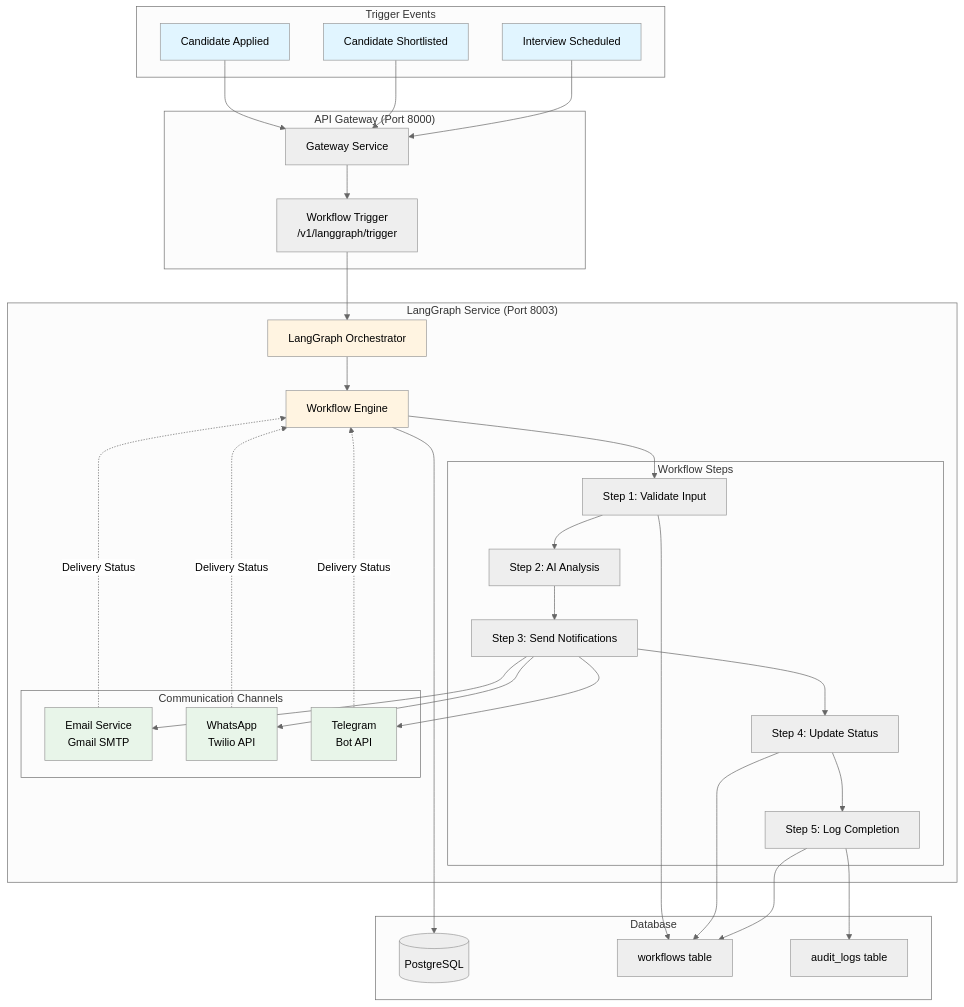
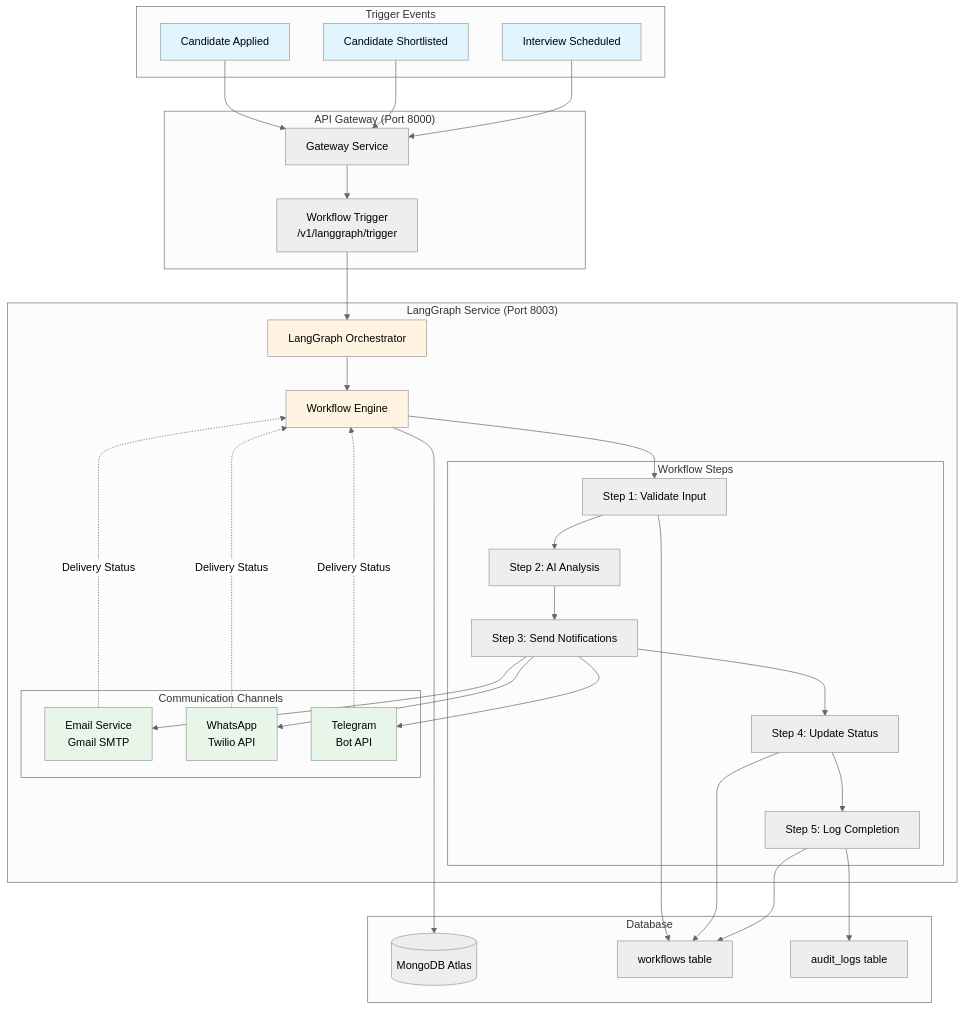
One commit to Shashank-0208/INFIVERSE-HR-PLATFORM changed the second of 5 diagrams in backend/handover/integration_maps/INTEGRATION_MAPS.md. Above: the diagram before and after it, drawn with Mermaid (neutral theme). The commit also changed other lines of this file and 1 other file, not shown here.

````diff
--- a/backend/handover/integration_maps/INTEGRATION_MAPS.md
+++ b/backend/handover/integration_maps/INTEGRATION_MAPS.md
@@ -105,75 +105,75 @@
 ```mermaid
 graph TB
     subgraph "Trigger Events"
         E1[Candidate Applied]
         E2[Candidate Shortlisted]
         E3[Interview Scheduled]
     end
     
     subgraph "API Gateway (Port 8000)"
         GW[Gateway Service]
         WF[Workflow Trigger<br/>/v1/langgraph/trigger]
     end
     
     subgraph "LangGraph Service (Port 8003)"
         LG[LangGraph Orchestrator]
         WFE[Workflow Engine]
         
         subgraph "Workflow Steps"
             S1[Step 1: Validate Input]
             S2[Step 2: AI Analysis]
             S3[Step 3: Send Notifications]
             S4[Step 4: Update Status]
             S5[Step 5: Log Completion]
         end
         
         subgraph "Communication Channels"
             EMAIL[Email Service<br/>Gmail SMTP]
             WA[WhatsApp<br/>Twilio API]
             TG[Telegram<br/>Bot API]
         end
     end
     
     subgraph "Database"
-        DB[(PostgreSQL)]
+        DB[(MongoDB Atlas)]
         WFT[workflows table]
         AUDIT[audit_logs table]
     end
     
     E1 --> GW
     E2 --> GW
     E3 --> GW
     
     GW --> WF
     WF --> LG
     
     LG --> WFE
     WFE --> S1
     S1 --> S2
     S2 --> S3
     S3 --> S4
     S4 --> S5
     
     S3 --> EMAIL
     S3 --> WA
     S3 --> TG
     
     WFE --> DB
     S1 --> WFT
     S4 --> WFT
     S5 --> WFT
     S5 --> AUDIT
     
     EMAIL -.->|Delivery Status| WFE
     WA -.->|Delivery Status| WFE
     TG -.->|Delivery Status| WFE
 
     style E1 fill:#e1f5ff
     style E2 fill:#e1f5ff
     style E3 fill:#e1f5ff
     style LG fill:#fff4e1
     style WFE fill:#fff4e1
     style EMAIL fill:#e8f5e9
     style WA fill:#e8f5e9
     style TG fill:#e8f5e9
 ```
````
